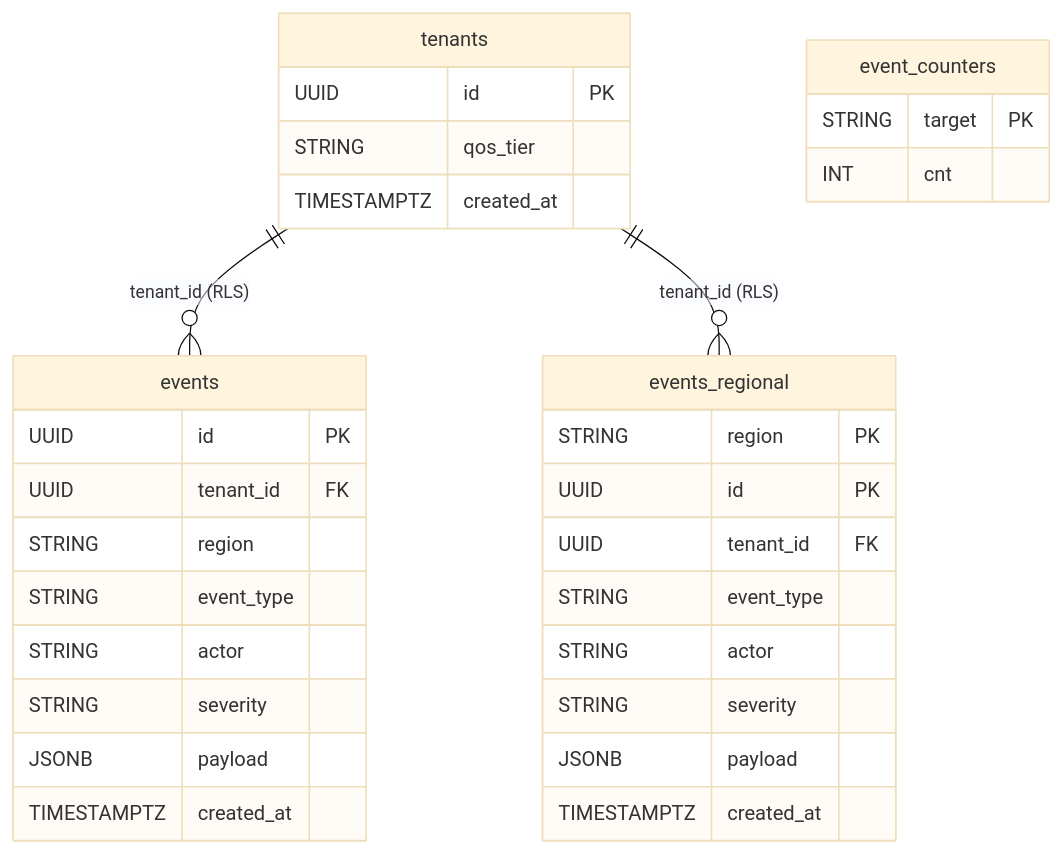
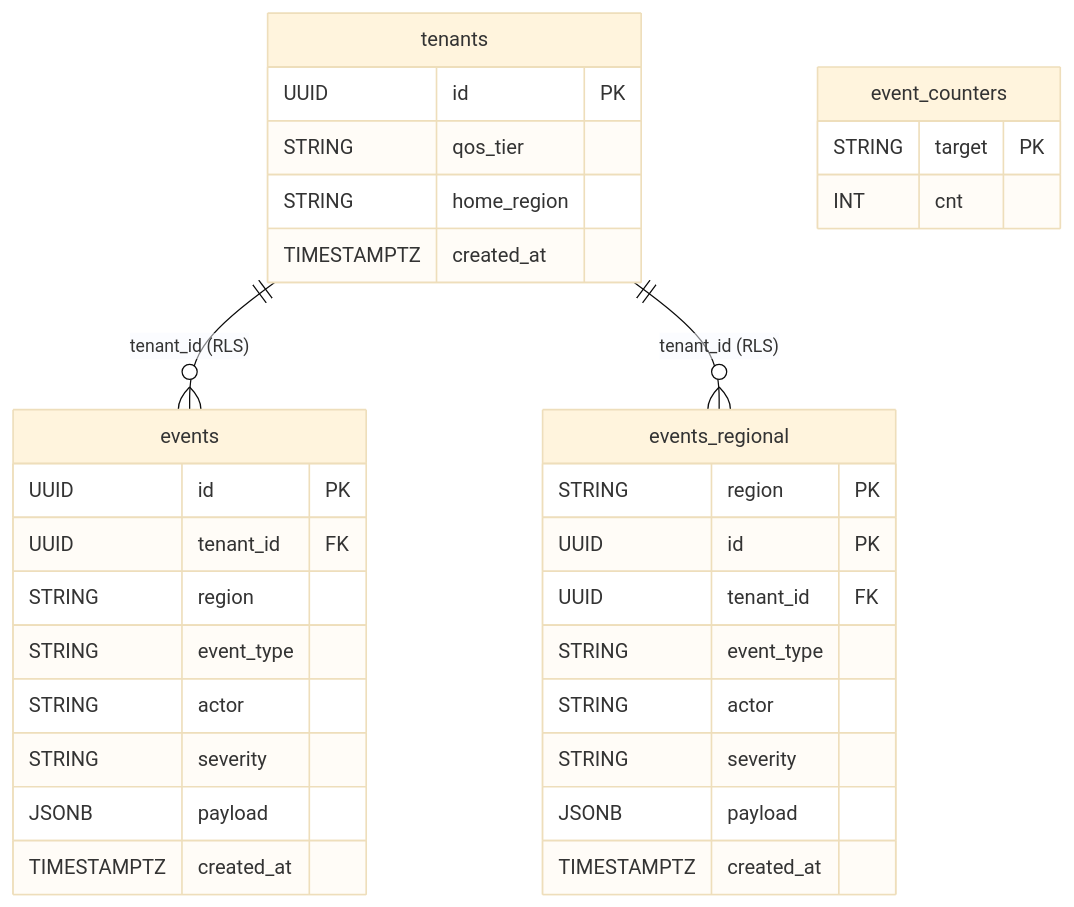
Before and after one commit to joshdurbin/cockroach_testing: the third of 7 diagrams in README.md, drawn with Mermaid (base theme). The commit also changed other lines of this file and 12 other files, not shown here.

````diff
--- a/README.md
+++ b/README.md
@@ -113,35 +168,36 @@
 ```mermaid
 erDiagram
     tenants {
         UUID id PK
         STRING qos_tier
+        STRING home_region
         TIMESTAMPTZ created_at
     }
     events {
         UUID id PK
         UUID tenant_id FK
         STRING region
         STRING event_type
         STRING actor
         STRING severity
         JSONB payload
         TIMESTAMPTZ created_at
     }
     events_regional {
         STRING region PK
         UUID id PK
         UUID tenant_id FK
         STRING event_type
         STRING actor
         STRING severity
         JSONB payload
         TIMESTAMPTZ created_at
     }
     event_counters {
         STRING target PK
         INT cnt
     }
 
     tenants ||--o{ events : "tenant_id (RLS)"
     tenants ||--o{ events_regional : "tenant_id (RLS)"
 ```
````
